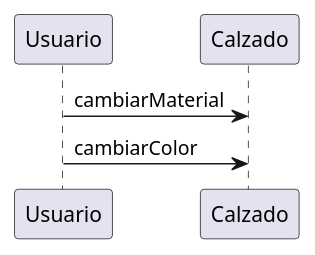
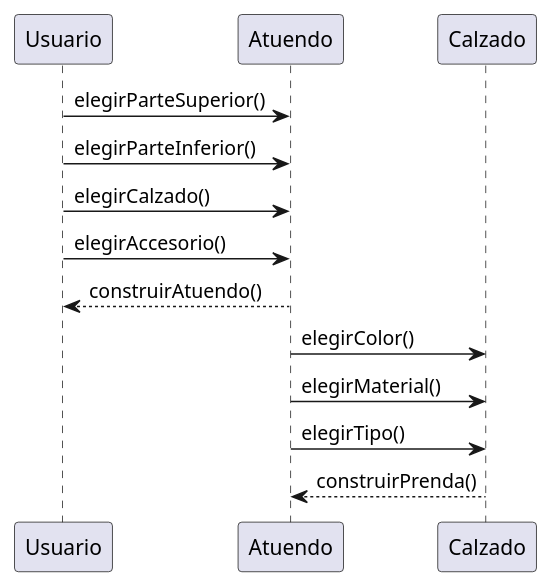
Before and after one commit to neverkas/dds-qmp: the first of 3 diagrams in diagramas.org, drawn with PlantUML. The commit also changed other lines of this file and 5 other files, not shown here.

Commit message:
Agregamos gitignore y diagramas

```diff
--- a/diagramas.org
+++ b/diagramas.org
@@ -1,6 +1,14 @@
 #+BEGIN_SRC plantuml :file assets/diagrama-de-secuencia.png
   @startuml
-  Usuario -> Calzado : cambiarMaterial
-  Usuario -> Calzado : cambiarColor
+  Usuario -> Atuendo : elegirParteSuperior()
+  Usuario -> Atuendo : elegirParteInferior()
+  Usuario -> Atuendo : elegirCalzado()
+  Usuario -> Atuendo : elegirAccesorio()
+  Usuario <-- Atuendo : construirAtuendo()
+
+  Atuendo -> Calzado : elegirColor()
+  Atuendo -> Calzado : elegirMaterial()
+  Atuendo -> Calzado : elegirTipo()
+  Atuendo <-- Calzado : construirPrenda()
   @enduml
 #+END_SRC
```
